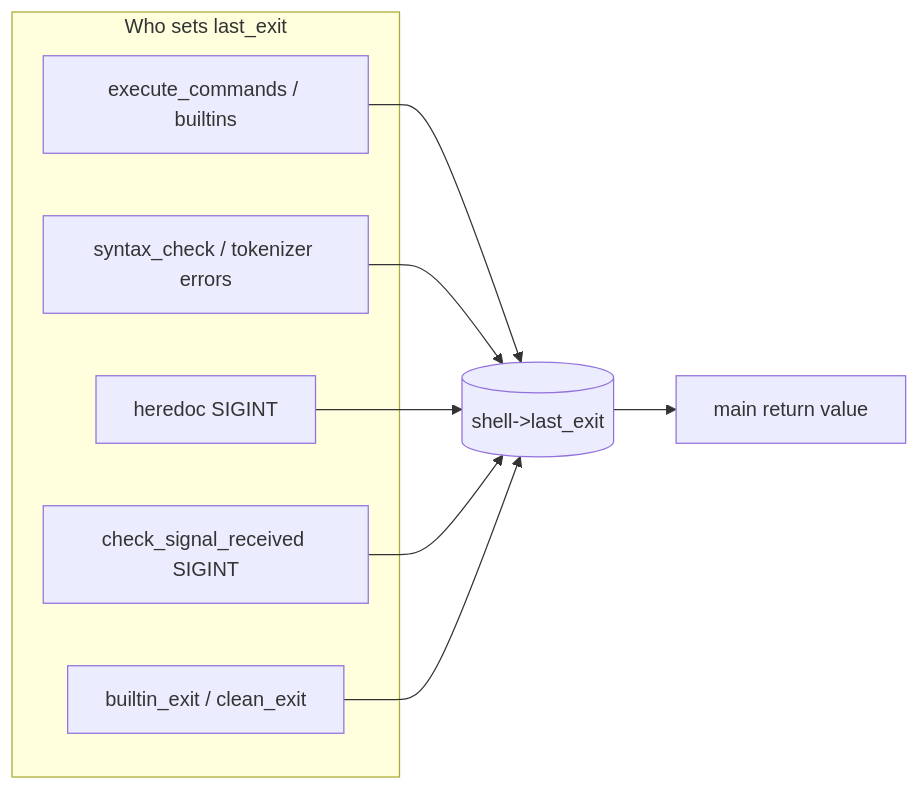
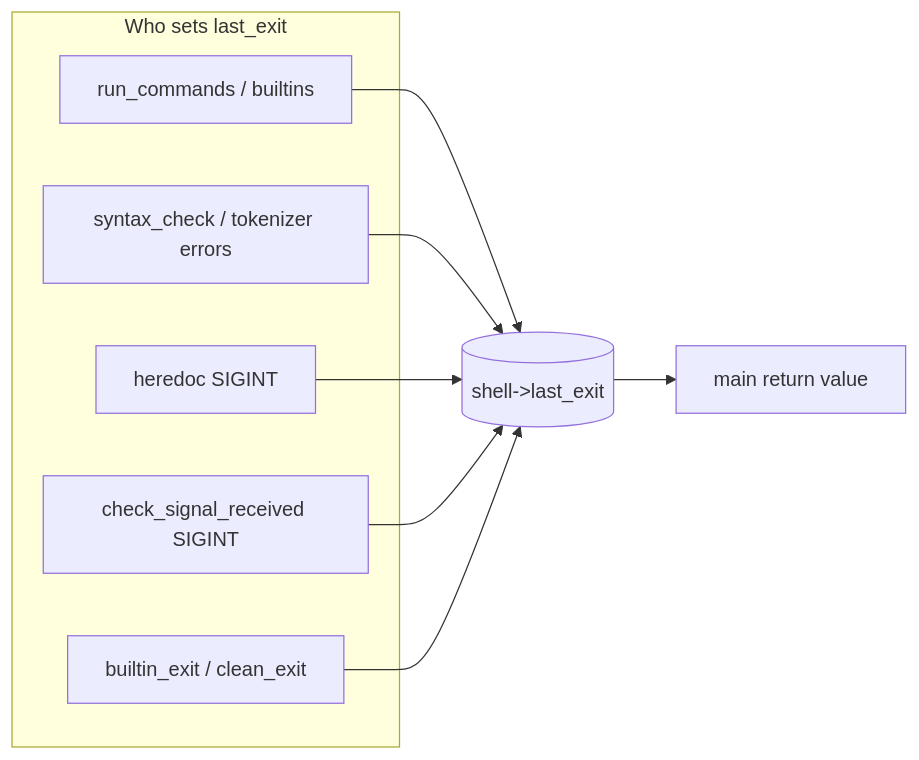
Before and after one commit to gkhavari/minishell: diagram 14 of 14 in docs/MINISHELL_ARCHITECTURE.md, drawn with Mermaid. The commit also changed other lines of this file and 22 other files, not shown here.

````diff
--- a/docs/MINISHELL_ARCHITECTURE.md
+++ b/docs/MINISHELL_ARCHITECTURE.md
@@ -938,16 +935,16 @@
 ```mermaid
 flowchart LR
     subgraph set["Who sets last_exit"]
-        EX[execute_commands / builtins]
+        EX[run_commands / builtins]
         SY[syntax_check / tokenizer errors]
         HD[heredoc SIGINT]
         CS[check_signal_received SIGINT]
         XT[builtin_exit / clean_exit]
     end
     EX --> LE[(shell->last_exit)]
     SY --> LE
     HD --> LE
     CS --> LE
     XT --> LE
     LE --> MAIN[main return value]
 ```
````
